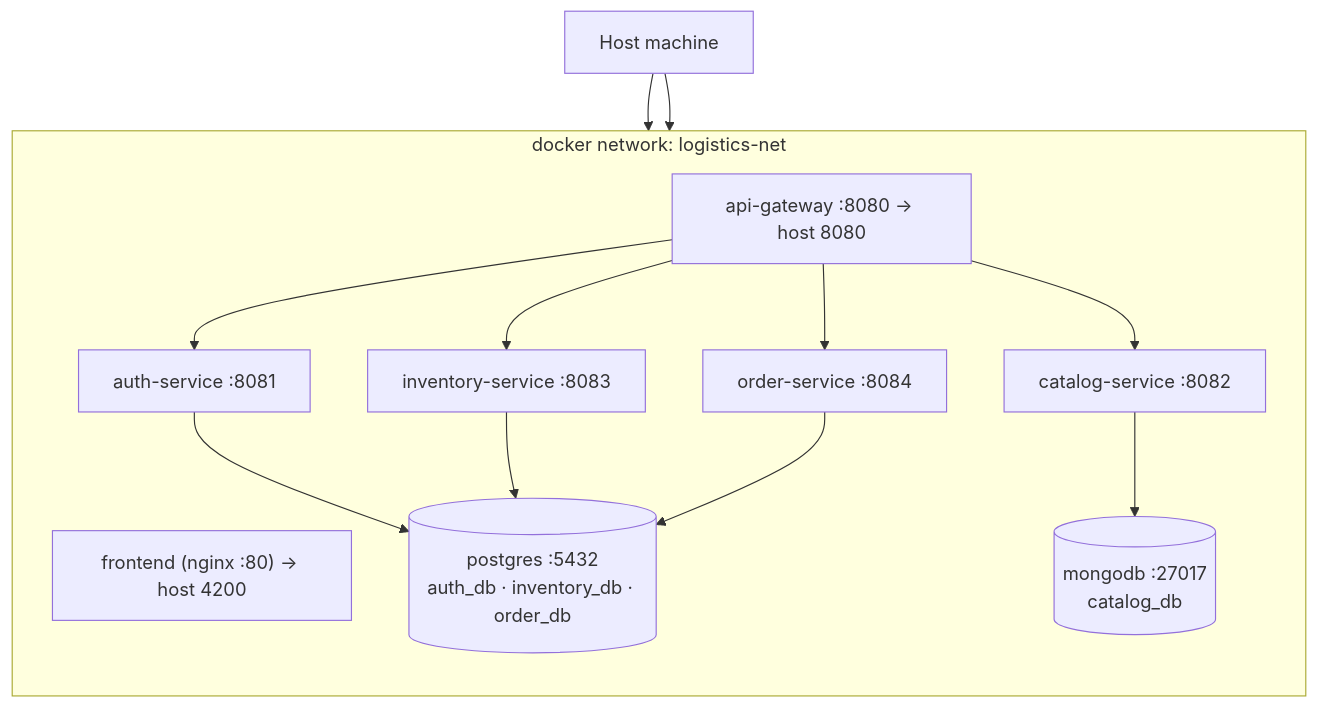
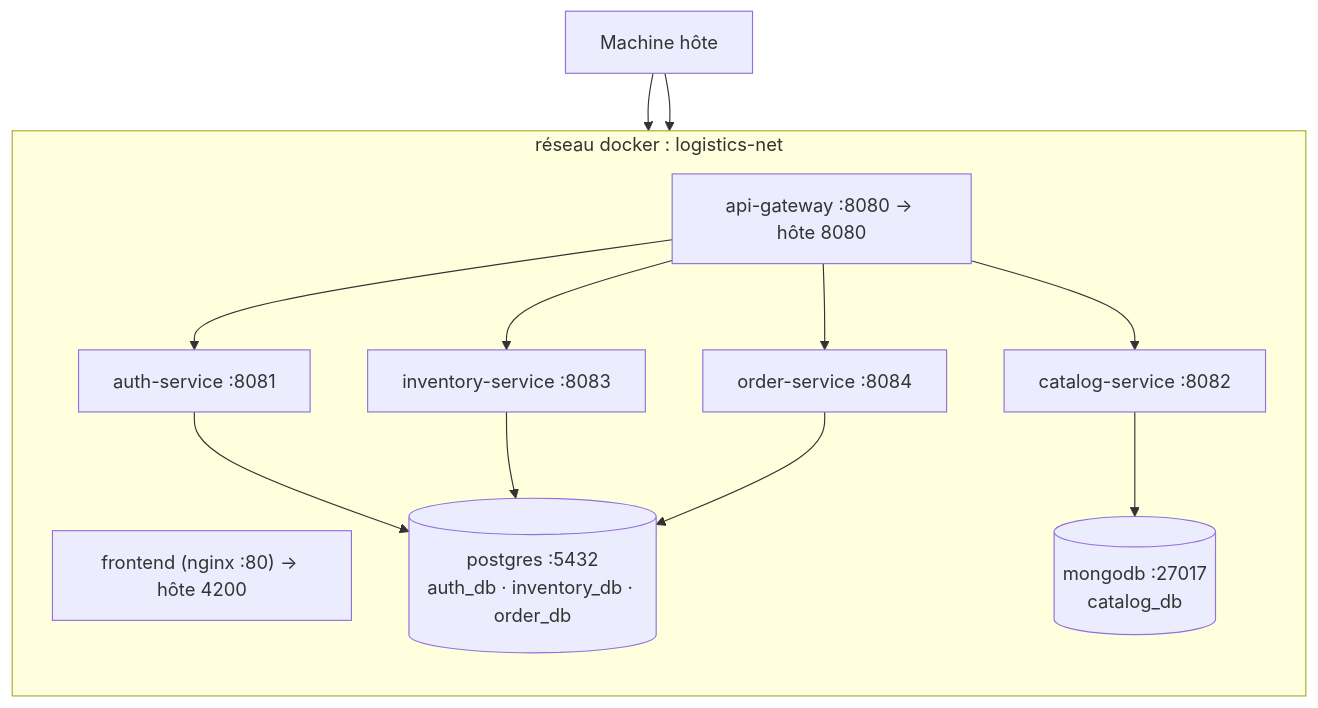
The second of 4 diagrams in docs/01-architecture.md (zakaech/logistics-microservices-platform), drawn with Mermaid before and after one commit. The commit also changed other lines of this file and 108 other files, not shown here.

````diff
--- a/docs/01-architecture.md
+++ b/docs/01-architecture.md
@@ -75,25 +76,25 @@
 ```mermaid
 flowchart TB
-    HOST["Host machine"]
-    subgraph NET["docker network: logistics-net"]
+    HOST["Machine hôte"]
+    subgraph NET["réseau docker : logistics-net"]
         direction TB
-        C1["frontend (nginx :80) → host 4200"]
-        C2["api-gateway :8080 → host 8080"]
+        C1["frontend (nginx :80) → hôte 4200"]
+        C2["api-gateway :8080 → hôte 8080"]
         C3["auth-service :8081"]
         C4["catalog-service :8082"]
         C5["inventory-service :8083"]
         C6["order-service :8084"]
         C7[("postgres :5432<br/>auth_db · inventory_db · order_db")]
         C8[("mongodb :27017<br/>catalog_db")]
     end
     HOST --> C1
     HOST --> C2
     C2 --> C3
     C2 --> C4
     C2 --> C5
     C2 --> C6
     C3 --> C7
     C5 --> C7
     C6 --> C7
     C4 --> C8
 ```
````
